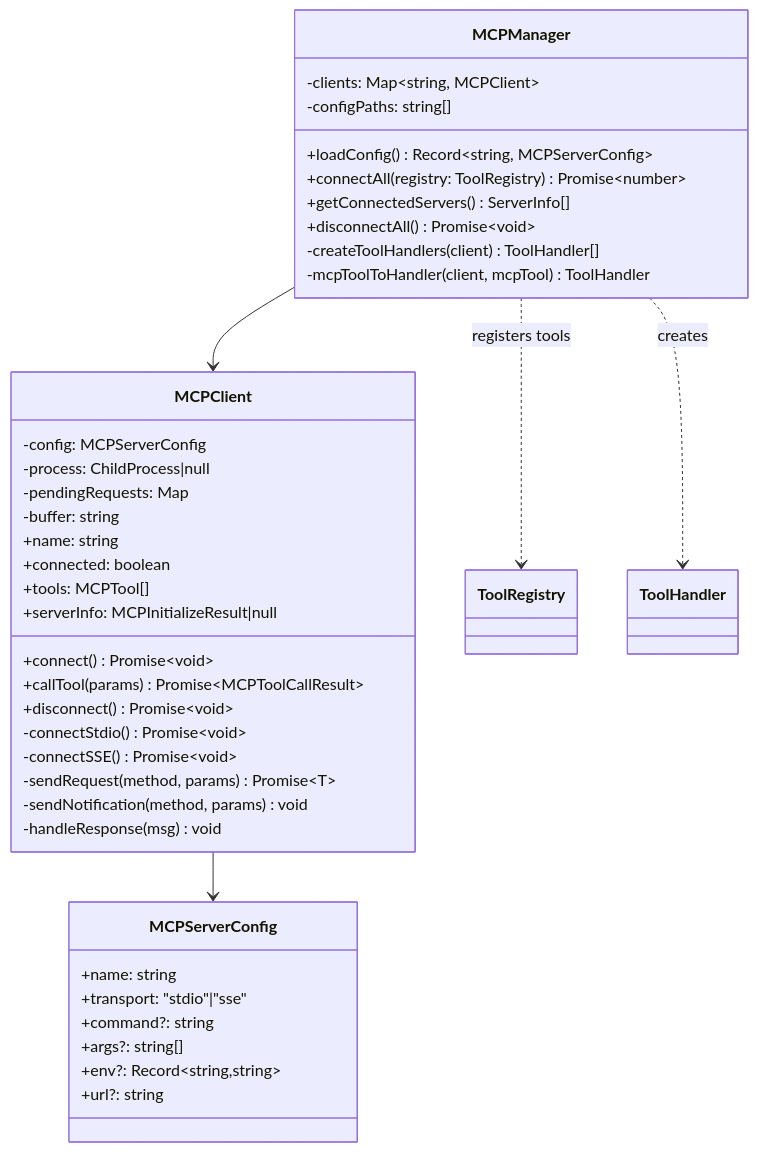
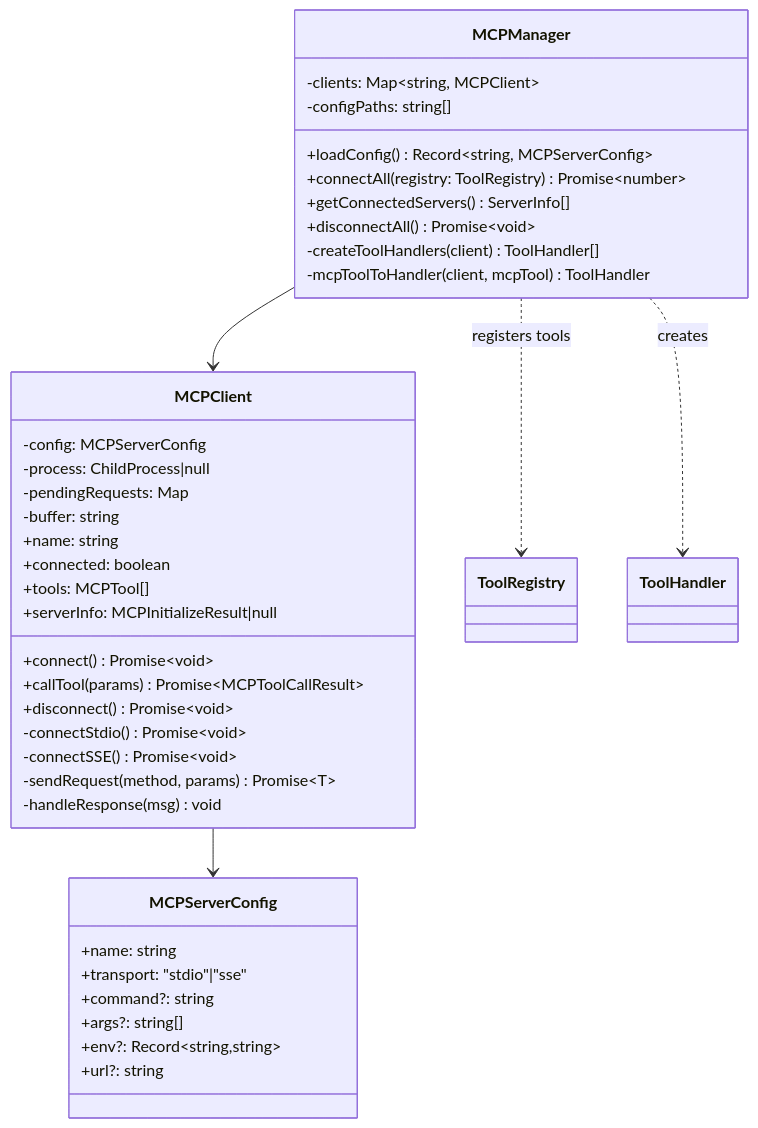
Diagram 12 of 15 in docs/internal_design.md (t2k2pp/lllmAgents), drawn with Mermaid before and after one commit. The commit also changed other lines of this file and 10 other files, not shown here.

````diff
--- a/docs/internal_design.md
+++ b/docs/internal_design.md
@@ -616,46 +621,45 @@
 ```mermaid
 classDiagram
     class MCPManager {
         -clients: Map~string, MCPClient~
         -configPaths: string[]
         +loadConfig() Record~string, MCPServerConfig~
         +connectAll(registry: ToolRegistry) Promise~number~
         +getConnectedServers() ServerInfo[]
         +disconnectAll() Promise~void~
         -createToolHandlers(client) ToolHandler[]
         -mcpToolToHandler(client, mcpTool) ToolHandler
     }
 
     class MCPClient {
         -config: MCPServerConfig
         -process: ChildProcess|null
         -pendingRequests: Map
         -buffer: string
         +name: string
         +connected: boolean
         +tools: MCPTool[]
         +serverInfo: MCPInitializeResult|null
         +connect() Promise~void~
         +callTool(params) Promise~MCPToolCallResult~
         +disconnect() Promise~void~
         -connectStdio() Promise~void~
         -connectSSE() Promise~void~
         -sendRequest(method, params) Promise~T~
-        -sendNotification(method, params) void
         -handleResponse(msg) void
     }
 
     class MCPServerConfig {
         +name: string
         +transport: "stdio"|"sse"
         +command?: string
         +args?: string[]
         +env?: Record~string,string~
         +url?: string
     }
 
     MCPManager --> MCPClient
     MCPClient --> MCPServerConfig
     MCPManager ..> ToolRegistry : registers tools
     MCPManager ..> ToolHandler : creates
 ```
````
